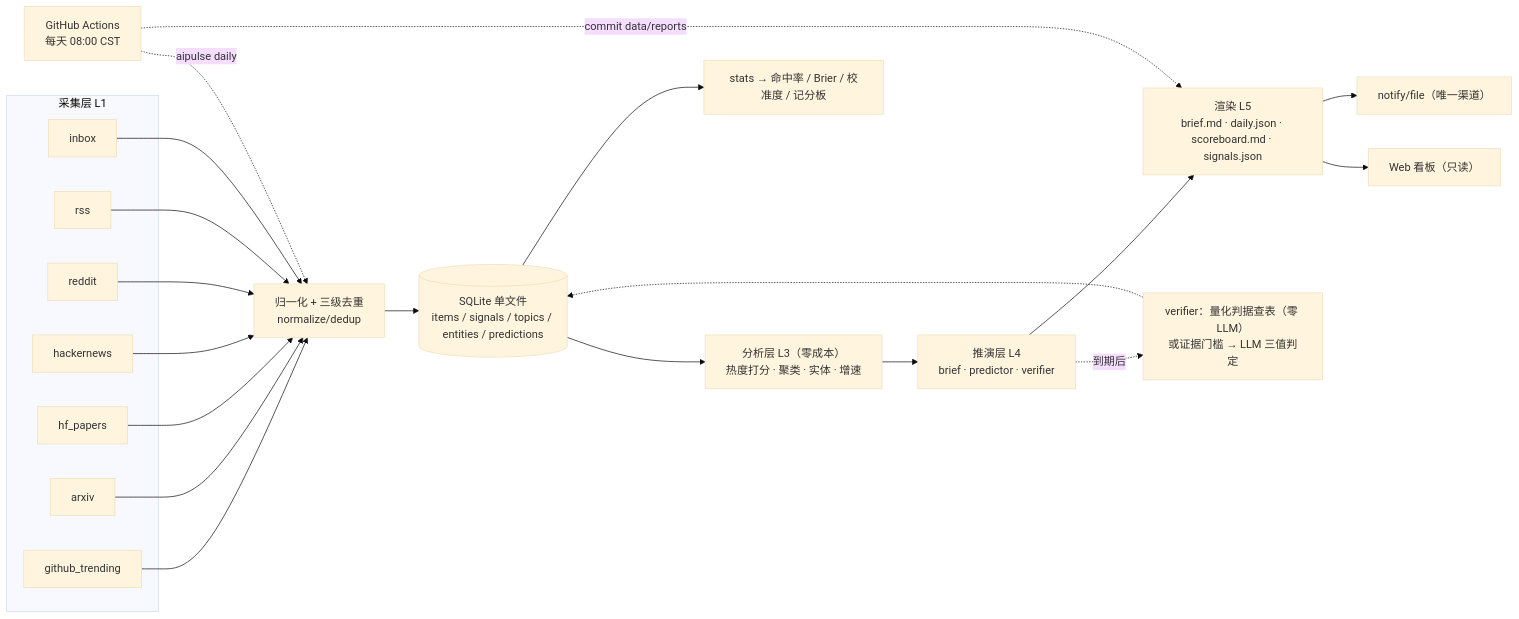
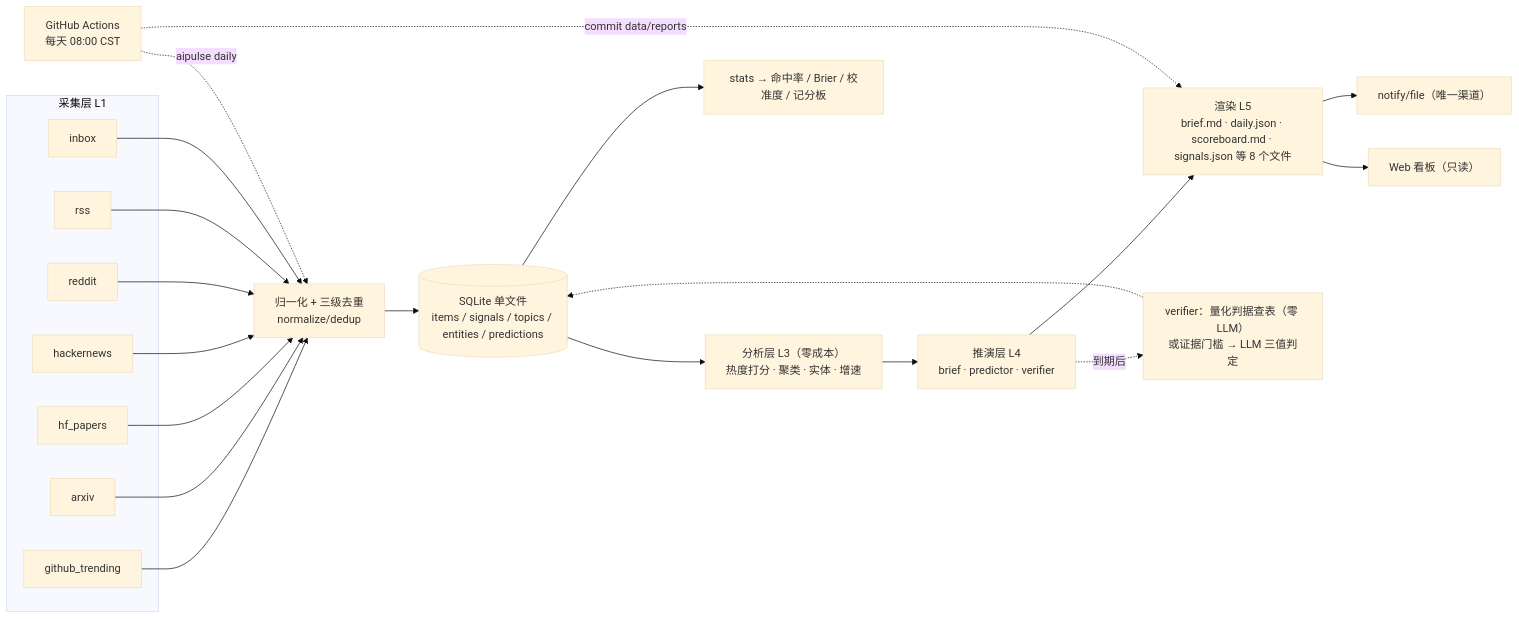
Before and after one commit to tochikoma777/aipulse: the diagram in README.md, drawn with Mermaid (base theme). The commit also changed other lines of this file and 4 other files, not shown here.

First line of the commit message:
docs: 修正 README/CHANGELOG 状态并补看板截图

````diff
--- a/README.md
+++ b/README.md
@@ -120,18 +132,18 @@
 ```mermaid
 flowchart LR
     subgraph 采集["采集层 L1"]
         A1[github_trending] & A2[arxiv] & A3[hf_papers] & A4[hackernews] & A5[reddit] & A6[rss] & A7[inbox]
     end
     A1 & A2 & A3 & A4 & A5 & A6 & A7 --> N["归一化 + 三级去重<br/>normalize/dedup"]
     N --> DB[("SQLite 单文件<br/>items / signals / topics / entities / predictions")]
     DB --> AN["分析层 L3（零成本）<br/>热度打分 · 聚类 · 实体 · 增速"]
     AN --> R["推演层 L4<br/>brief · predictor · verifier"]
-    R --> OUT["渲染 L5<br/>brief.md · daily.json · scoreboard.md · signals.json"]
+    R --> OUT["渲染 L5<br/>brief.md · daily.json · scoreboard.md · signals.json 等 8 个文件"]
     OUT --> NO["notify/file（唯一渠道）"]
     OUT --> WEB["Web 看板（只读）"]
     R -.->|"到期后"| V["verifier：量化判据查表（零 LLM）<br/>或证据门槛 → LLM 三值判定"] -.-> DB
     DB --> ST["stats → 命中率 / Brier / 校准度 / 记分板"]
 
     GH["GitHub Actions<br/>每天 08:00 CST"] -.->|"aipulse daily"| N
     GH -.->|"commit data/reports"| OUT
 ```
````
